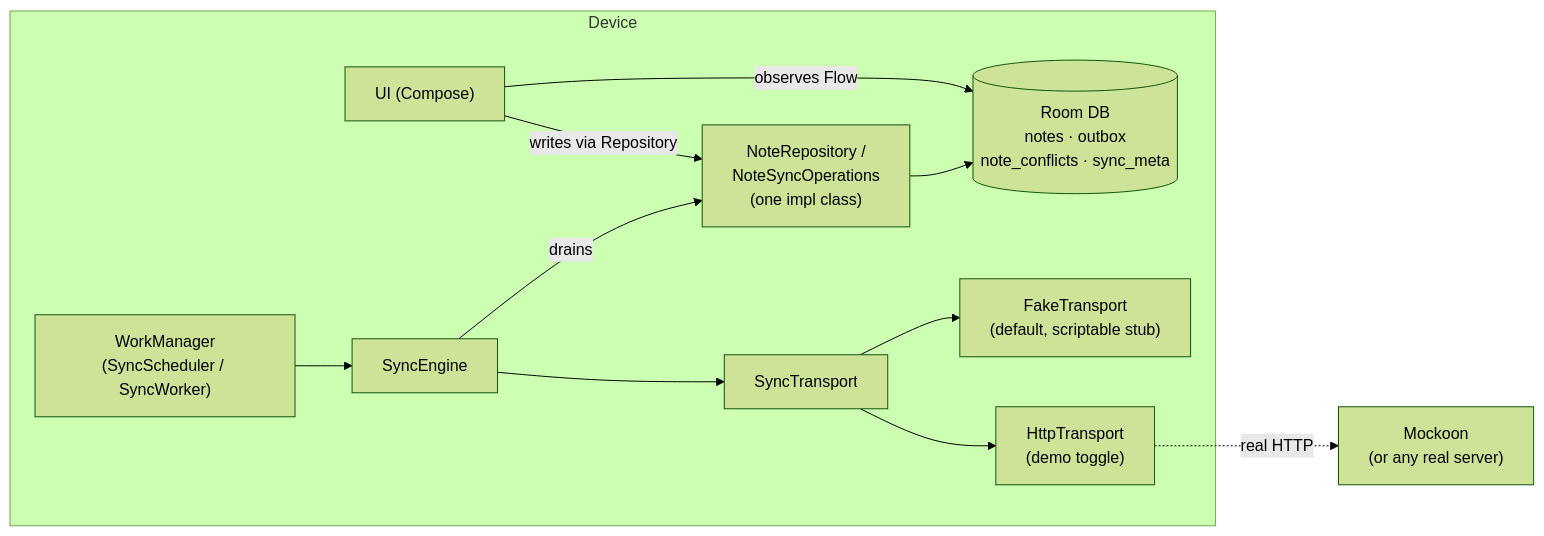
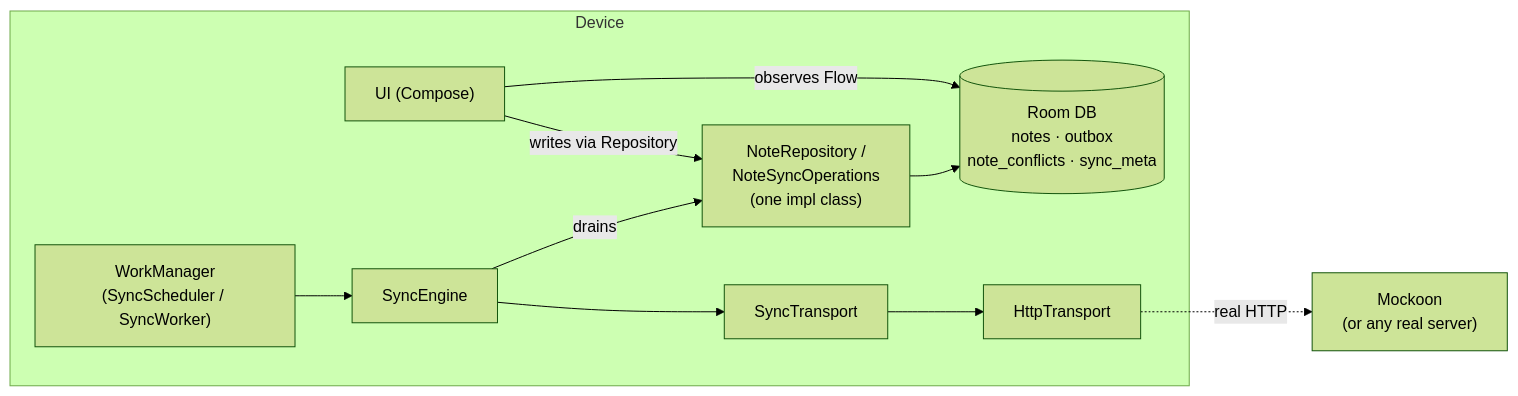
Before and after one commit to savvasg28/offline-notes: the first of 3 diagrams in README.md, drawn with Mermaid (forest theme). The commit also changed other lines of this file and 42 other files, not shown here.

````diff
--- a/README.md
+++ b/README.md
@@ -34,16 +34,15 @@
 ```mermaid
 flowchart LR
     subgraph Device
         UI["UI (Compose)"] -- "writes via Repository" --> Repo
         Repo["NoteRepository /\nNoteSyncOperations\n(one impl class)"]
         Room[("Room DB\nnotes · outbox\nnote_conflicts · sync_meta")]
         UI -- "observes Flow" --> Room
         Repo --> Room
         Engine["SyncEngine"] -- "drains" --> Repo
         Work["WorkManager\n(SyncScheduler / SyncWorker)"] --> Engine
         Engine --> Transport["SyncTransport"]
-        Transport --> Fake["FakeTransport\n(default, scriptable stub)"]
-        Transport --> Http["HttpTransport\n(demo toggle)"]
+        Transport --> Http["HttpTransport"]
     end
     Http -. "real HTTP" .-> Backend["Mockoon\n(or any real server)"]
 ```
````
